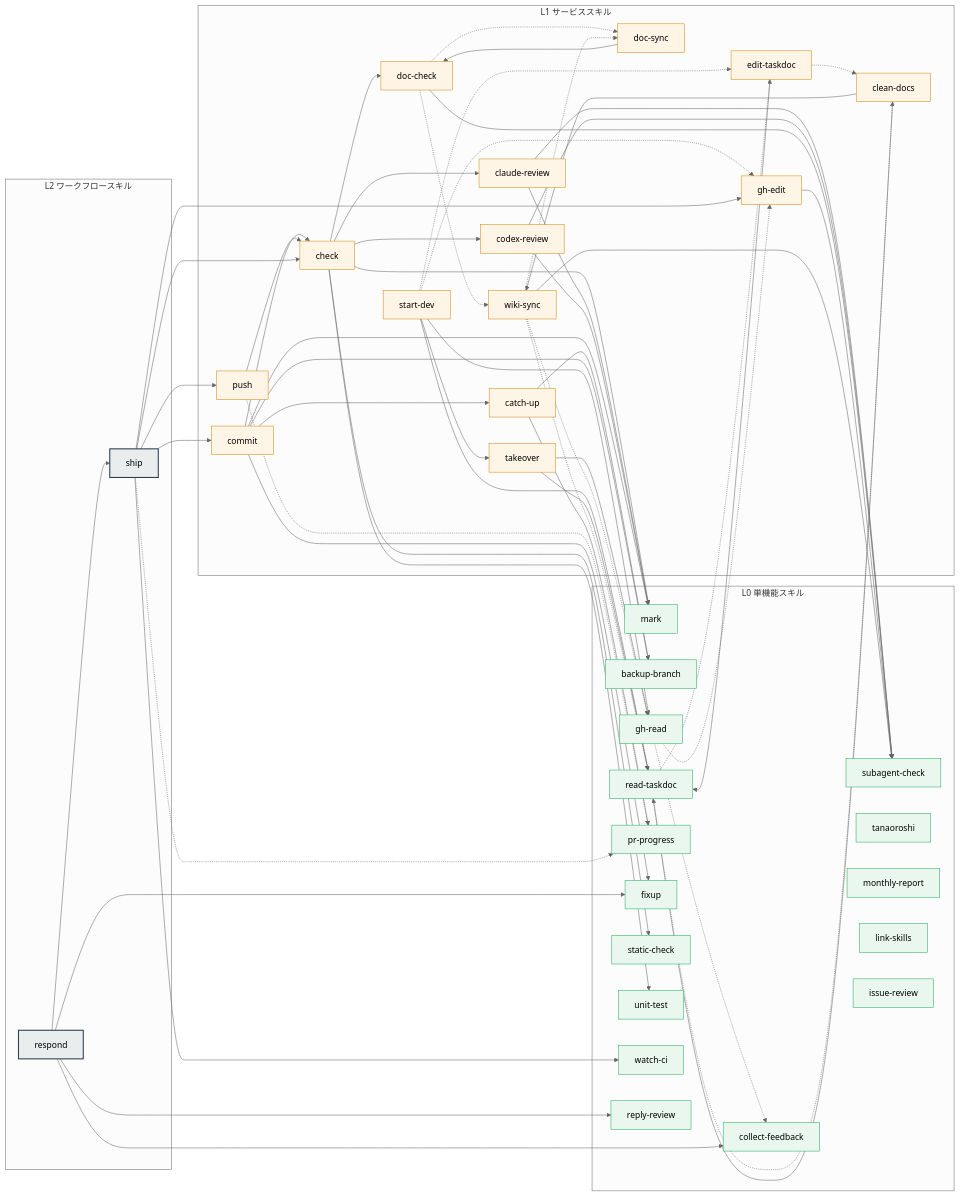
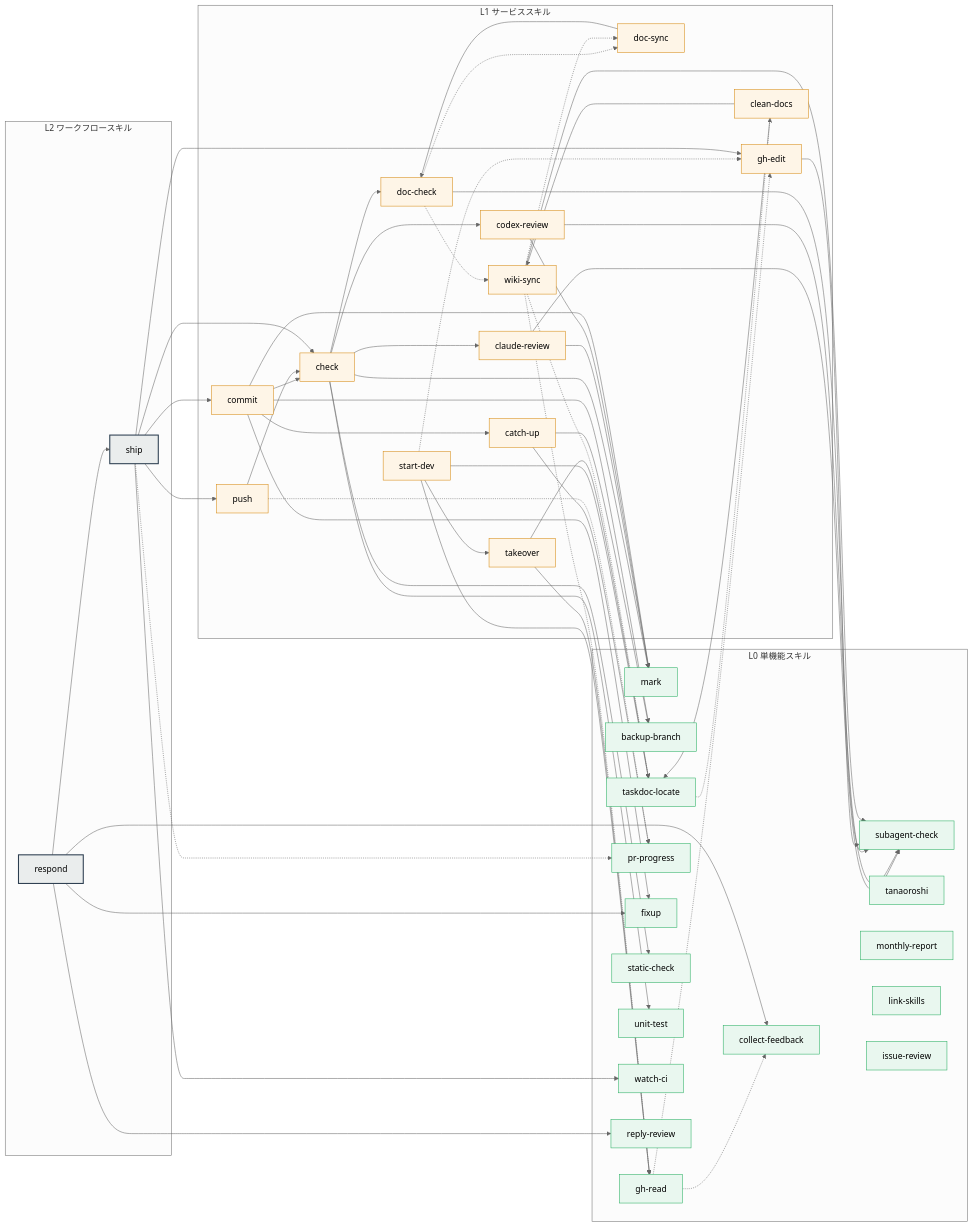
Before and after one commit to mistbind3u88/bonsai: the second of 2 diagrams in README.md, drawn with Mermaid (neutral theme). The commit also changed other lines of this file and 17 other files, not shown here.

```diff
--- a/README.md
+++ b/README.md
@@ -101,7 +100,6 @@
         doc-sync:::l1
         gh-edit:::l1
         clean-docs:::l1
-        edit-taskdoc:::l1
         wiki-sync:::l1
         codex-review:::l1
         claude-review:::l1
@@ -114,7 +112,7 @@
         subagent-check:::l0
         backup-branch:::l0
         gh-read:::l0
-        read-taskdoc:::l0
+        taskdoc-locate:::l0
         pr-progress:::l0
         fixup:::l0
         static-check:::l0
@@ -140,7 +138,7 @@
     claude-review --> subagent-check
     codex-review --> mark
     codex-review --> subagent-check
-    clean-docs --> read-taskdoc
+    clean-docs --> taskdoc-locate
     clean-docs --> wiki-sync
     commit --> check
     commit --> fixup
@@ -149,29 +147,25 @@
     commit --> mark
     doc-check --> subagent-check
     doc-sync --> doc-check
-    edit-taskdoc --> read-taskdoc
     gh-edit --> subagent-check
     push --> check
     start-dev --> takeover
     start-dev --> gh-read
-    start-dev --> read-taskdoc
+    start-dev --> taskdoc-locate
     takeover --> gh-read
-    takeover --> read-taskdoc
+    takeover --> taskdoc-locate
     wiki-sync --> subagent-check
 
     doc-check -.-> doc-sync
     doc-check -.-> wiki-sync
-    edit-taskdoc -.-> clean-docs
-    read-taskdoc -.-> edit-taskdoc
-    read-taskdoc -.-> clean-docs
+    taskdoc-locate -.-> clean-docs
     gh-read -.-> gh-edit
     gh-read -.-> collect-feedback
     start-dev -.-> gh-edit
-    start-dev -.-> edit-taskdoc
     push -.-> pr-progress
     ship -.-> pr-progress
     wiki-sync -.-> gh-read
-    wiki-sync -.-> read-taskdoc
+    wiki-sync -.-> taskdoc-locate
     wiki-sync -.-> doc-sync
 
     ship --> commit
```
